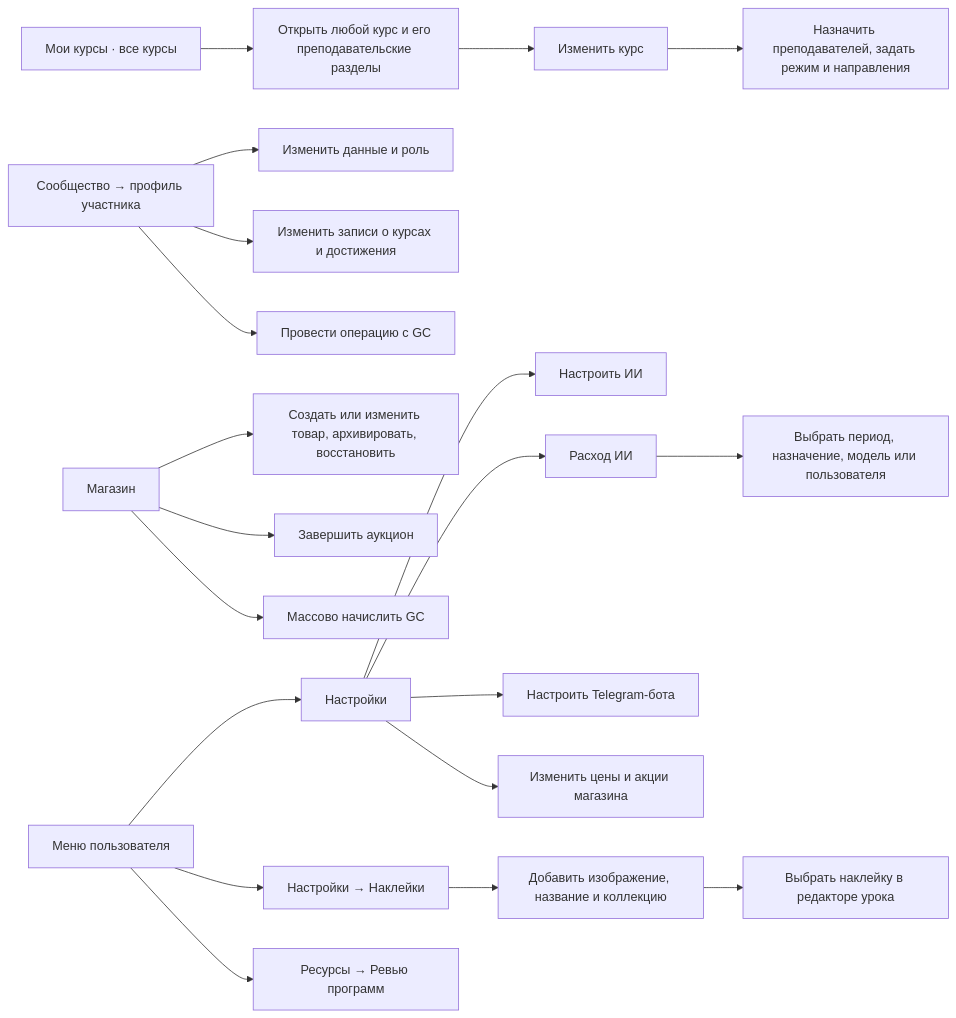
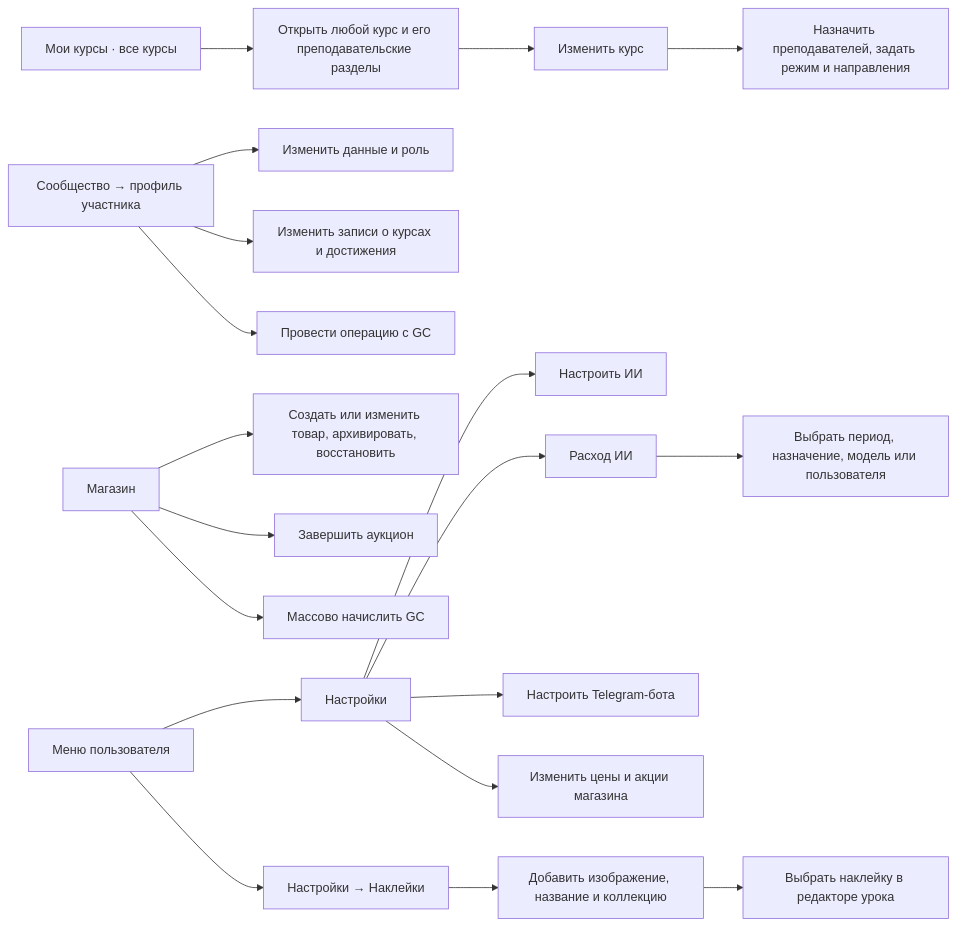
Before and after one commit to roctbb/CodingProjects: the seventh of 8 diagrams in docs/ux/role-actions.md, drawn with Mermaid. The commit also changed other lines of this file and 44 other files, not shown here.

````diff
--- a/docs/ux/role-actions.md
+++ b/docs/ux/role-actions.md
@@ -272,22 +280,21 @@
 ```mermaid
 flowchart LR
   home["Мои курсы · все курсы"] --> course["Открыть любой курс и его преподавательские разделы"]
   course --> settings["Изменить курс"]
   settings --> staff["Назначить преподавателей, задать режим и направления"]
   people["Сообщество → профиль участника"] --> account["Изменить данные и роль"]
   people --> learn["Изменить записи о курсах и достижения"]
   people --> gc["Провести операцию с GC"]
   market["Магазин"] --> goods["Создать или изменить товар, архивировать, восстановить"]
   market --> auction["Завершить аукцион"]
   market --> credit["Массово начислить GC"]
   tools["Меню пользователя"] --> system["Настройки"]
   system --> ai["Настроить ИИ"]
   system --> usage["Расход ИИ"]
   usage --> filters["Выбрать период, назначение, модель или пользователя"]
   system --> telegram["Настроить Telegram-бота"]
   system --> prices["Изменить цены и акции магазина"]
   tools --> stickers["Настройки → Наклейки"]
   stickers --> entry["Добавить изображение, название и коллекцию"]
   entry --> assign["Выбрать наклейку в редакторе урока"]
-  tools --> materials["Ресурсы → Ревью программ"]
 ```
````
